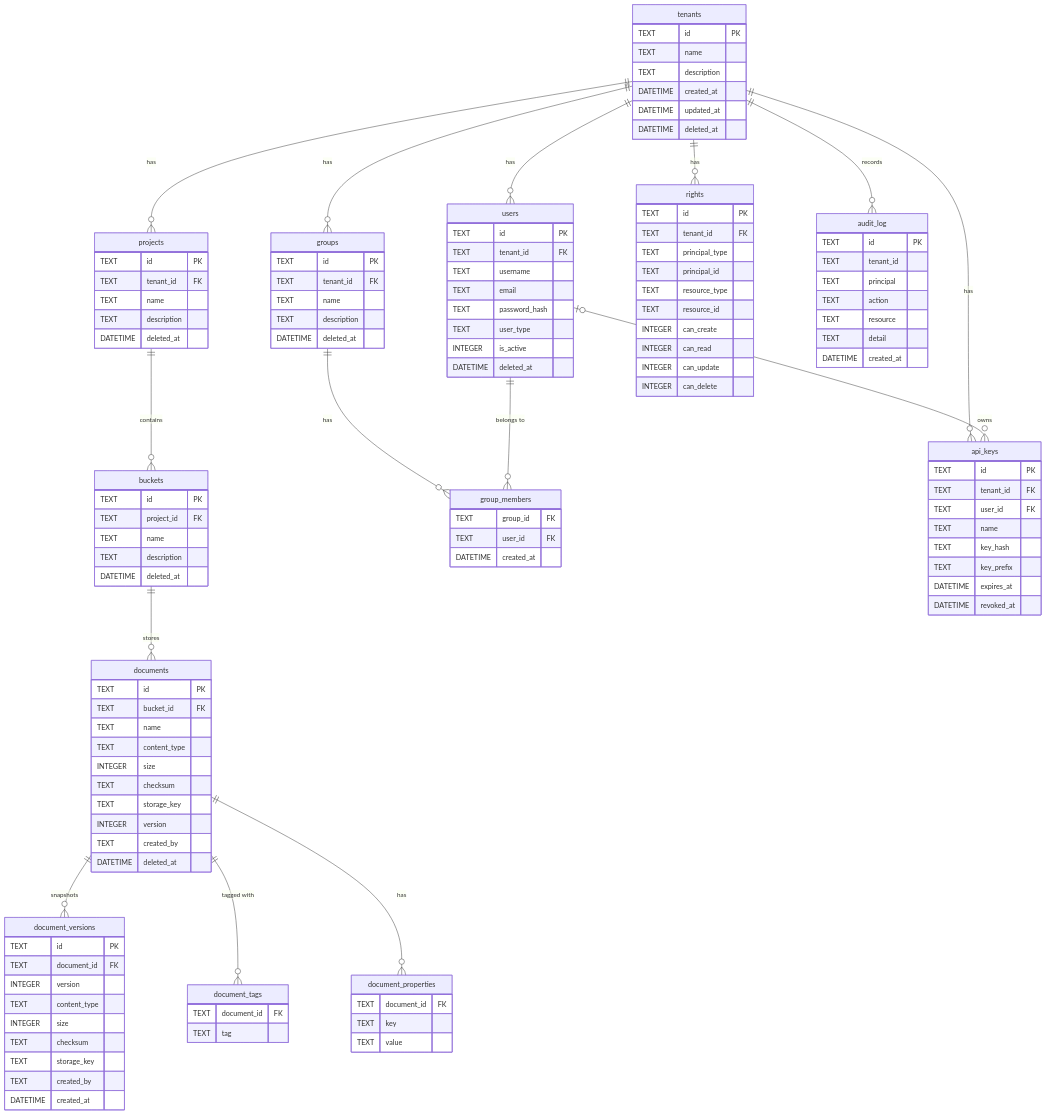
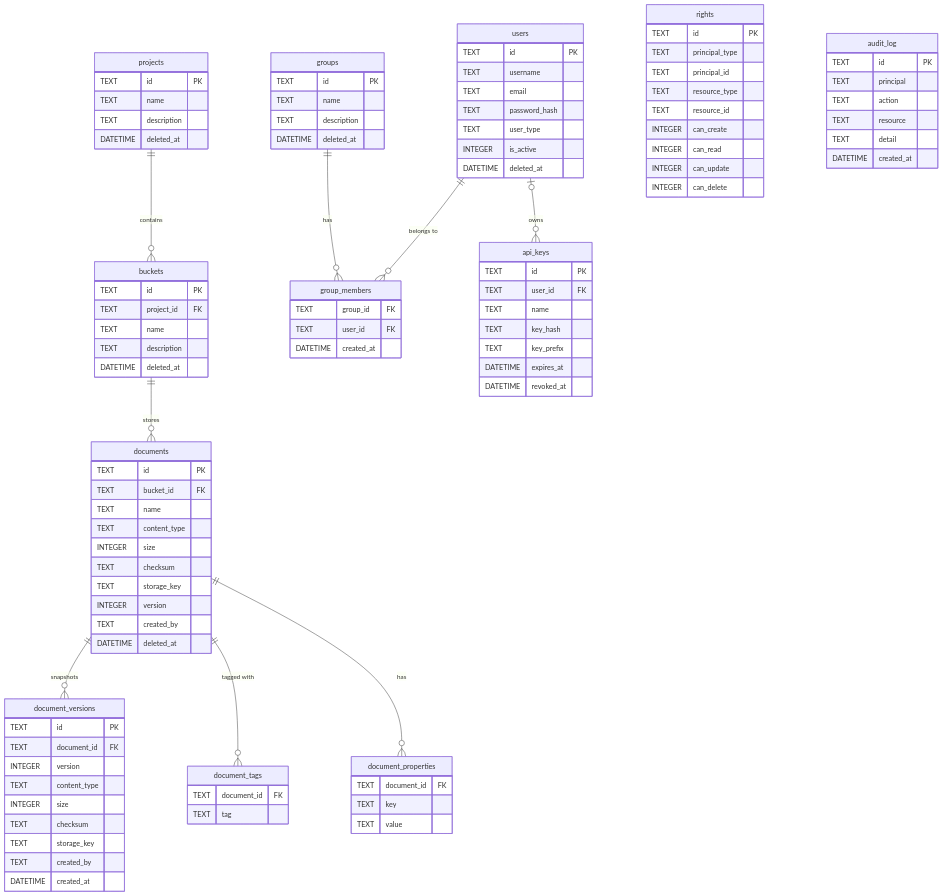
One commit to ukdavo/tinydm changed the diagram in DATABASE.md. Above: the diagram before and after it, drawn with Mermaid. The commit also changed other lines of this file, not shown here.

First line of the commit message:
docs: update DATABASE.md for post-tenant schema

````diff
--- a/DATABASE.md
+++ b/DATABASE.md
@@ -22,17 +22,7 @@
 ```mermaid
 erDiagram
-    tenants {
-        TEXT id PK
-        TEXT name
-        TEXT description
-        DATETIME created_at
-        DATETIME updated_at
-        DATETIME deleted_at
-    }
-
     projects {
         TEXT id PK
-        TEXT tenant_id FK
         TEXT name
         TEXT description
         DATETIME deleted_at
@@ -84,7 +74,6 @@
 
     users {
         TEXT id PK
-        TEXT tenant_id FK
         TEXT username
         TEXT email
         TEXT password_hash
@@ -95,7 +84,6 @@
 
     groups {
         TEXT id PK
-        TEXT tenant_id FK
         TEXT name
         TEXT description
         DATETIME deleted_at
@@ -109,7 +97,6 @@
 
     api_keys {
         TEXT id PK
-        TEXT tenant_id FK
         TEXT user_id FK
         TEXT name
         TEXT key_hash
@@ -120,7 +107,6 @@
 
     rights {
         TEXT id PK
-        TEXT tenant_id FK
         TEXT principal_type
         TEXT principal_id
         TEXT resource_type
@@ -133,20 +119,12 @@
 
     audit_log {
         TEXT id PK
-        TEXT tenant_id
         TEXT principal
         TEXT action
         TEXT resource
         TEXT detail
         DATETIME created_at
     }
-
-    tenants ||--o{ projects        : "has"
-    tenants ||--o{ users           : "has"
-    tenants ||--o{ groups          : "has"
-    tenants ||--o{ api_keys        : "has"
-    tenants ||--o{ rights          : "has"
-    tenants ||--o{ audit_log       : "records"
 
     projects ||--o{ buckets        : "contains"
 
````
